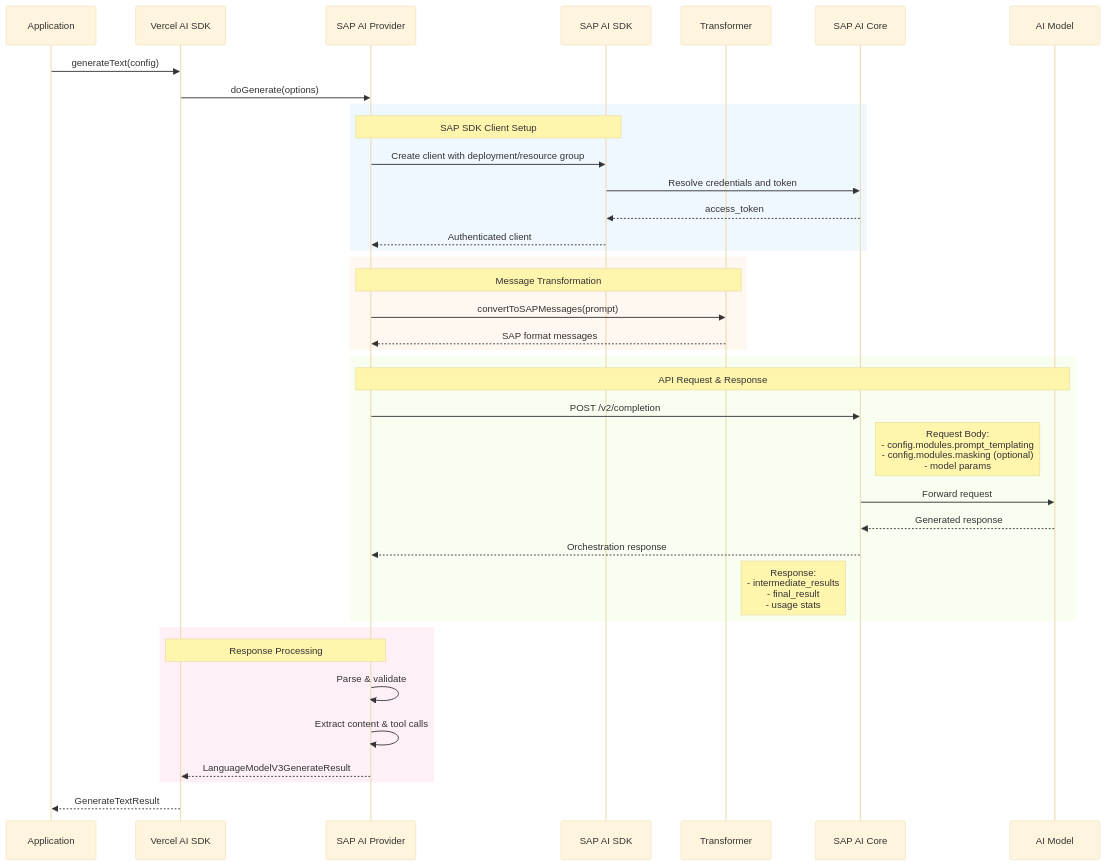
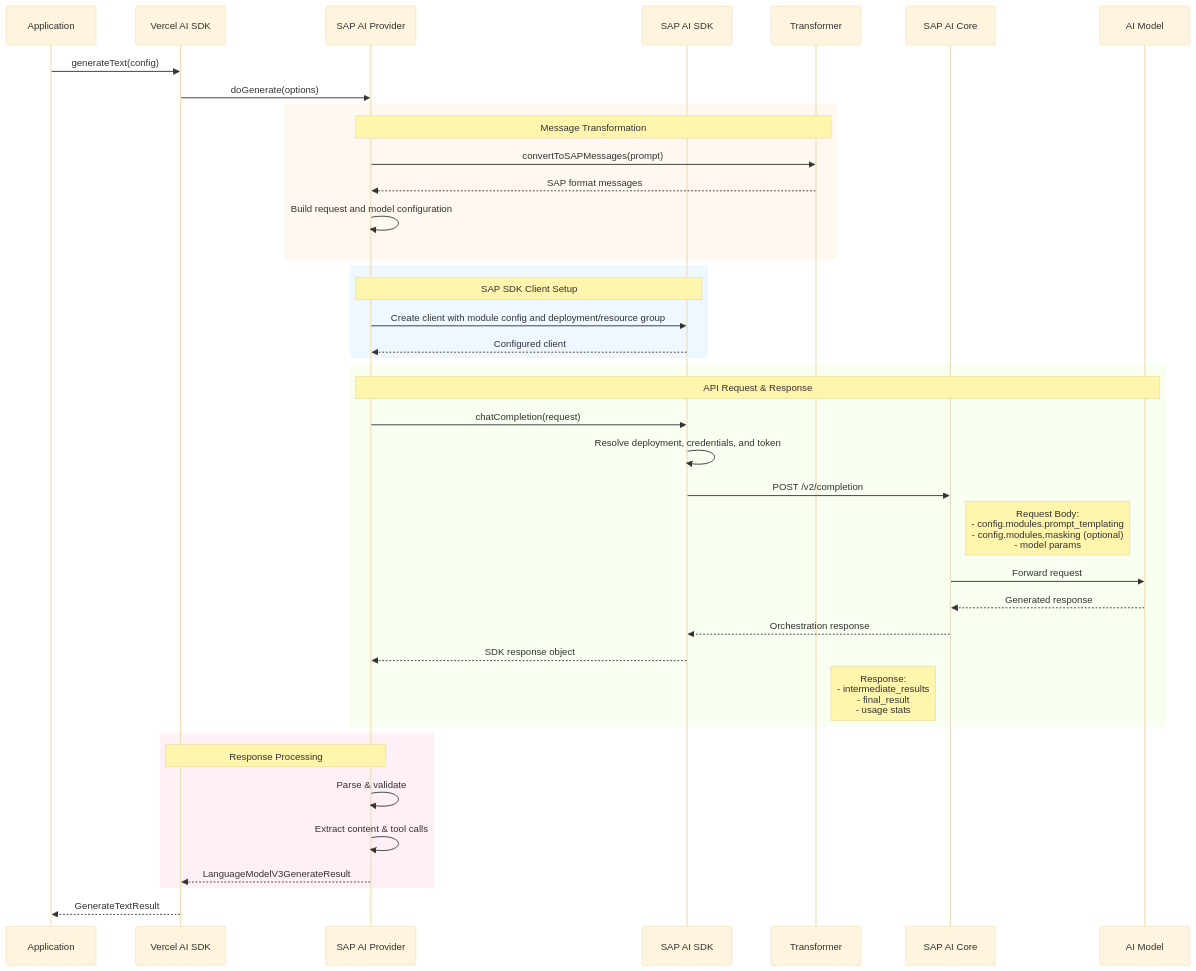
One commit to jerome-benoit/sap-ai-provider changed the second of 11 diagrams in ARCHITECTURE.md. Above: the diagram before and after it, drawn with Mermaid (base theme). The commit also changed other lines of this file and 9 other files, not shown here.

````diff
--- a/ARCHITECTURE.md
+++ b/ARCHITECTURE.md
@@ -163,46 +163,48 @@
 ```mermaid
 sequenceDiagram
     participant App as Application
     participant SDK as Vercel AI SDK
     participant Prov as SAP AI Provider
     participant SAPSDK as SAP AI SDK
     participant Trans as Transformer
     participant SAP as SAP AI Core
     participant Model as AI Model
 
     App->>SDK: generateText(config)
     SDK->>Prov: doGenerate(options)
 
-    rect rgb(240, 248, 255)
-        Note over Prov,SAPSDK: SAP SDK Client Setup
-        Prov->>SAPSDK: Create client with deployment/resource group
-        SAPSDK->>SAP: Resolve credentials and token
-        SAP-->>SAPSDK: access_token
-        SAPSDK-->>Prov: Authenticated client
-    end
-
     rect rgb(255, 248, 240)
         Note over Prov,Trans: Message Transformation
         Prov->>Trans: convertToSAPMessages(prompt)
         Trans-->>Prov: SAP format messages
+        Prov->>Prov: Build request and model configuration
+    end
+
+    rect rgb(240, 248, 255)
+        Note over Prov,SAPSDK: SAP SDK Client Setup
+        Prov->>SAPSDK: Create client with module config and deployment/resource group
+        SAPSDK-->>Prov: Configured client
     end
 
     rect rgb(248, 255, 240)
         Note over Prov,Model: API Request & Response
-        Prov->>SAP: POST /v2/completion
+        Prov->>SAPSDK: chatCompletion(request)
+        SAPSDK->>SAPSDK: Resolve deployment, credentials, and token
+        SAPSDK->>SAP: POST /v2/completion
         Note right of SAP: Request Body:<br/>- config.modules.prompt_templating<br/>- config.modules.masking (optional)<br/>- model params
         SAP->>Model: Forward request
         Model-->>SAP: Generated response
-        SAP-->>Prov: Orchestration response
+        SAP-->>SAPSDK: Orchestration response
+        SAPSDK-->>Prov: SDK response object
         Note left of SAP: Response:<br/>- intermediate_results<br/>- final_result<br/>- usage stats
     end
 
     rect rgb(255, 240, 248)
         Note over Prov,SDK: Response Processing
         Prov->>Prov: Parse & validate
         Prov->>Prov: Extract content & tool calls
         Prov-->>SDK: LanguageModelV3GenerateResult
     end
 
     SDK-->>App: GenerateTextResult
 ```
````
